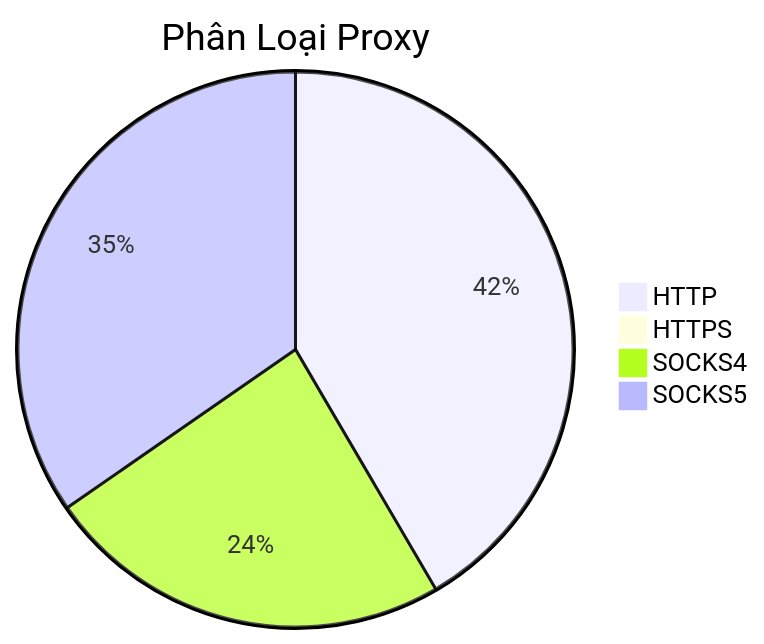
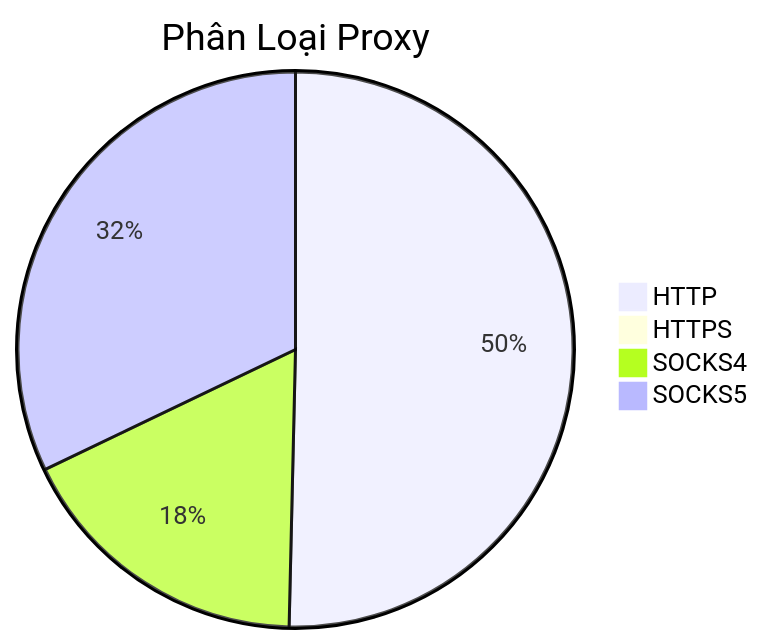
One commit to Ciara-12/PROXY-free changed the diagram in README.md. Above: the diagram before and after it, drawn with Mermaid. The commit also changed other lines of this file and 4 other files, not shown here.

````diff
--- a/README.md
+++ b/README.md
@@ -26,7 +26,7 @@
 ```mermaid
 pie title Phân Loại Proxy
-    "HTTP" : 444
-    "HTTPS" : 1
-    "SOCKS4" : 254
-    "SOCKS5" : 370
+    "HTTP" : 549
+    "HTTPS" : 0
+    "SOCKS4" : 191
+    "SOCKS5" : 350
 ```
````
